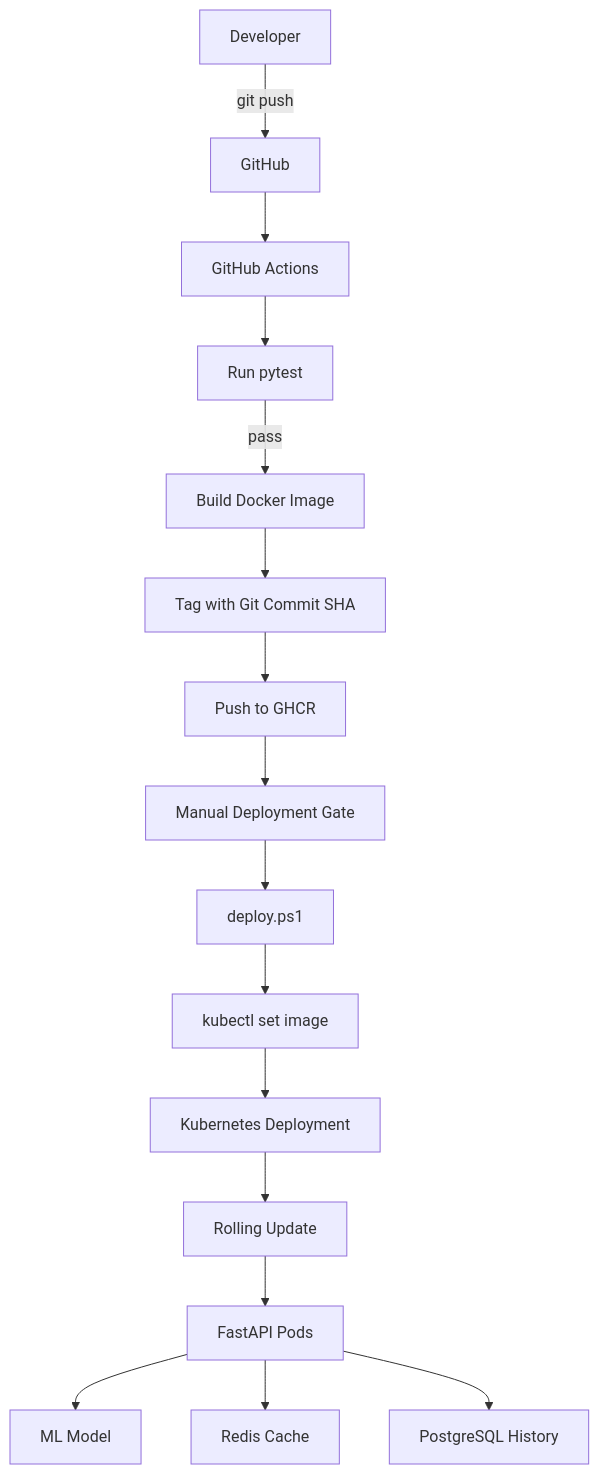
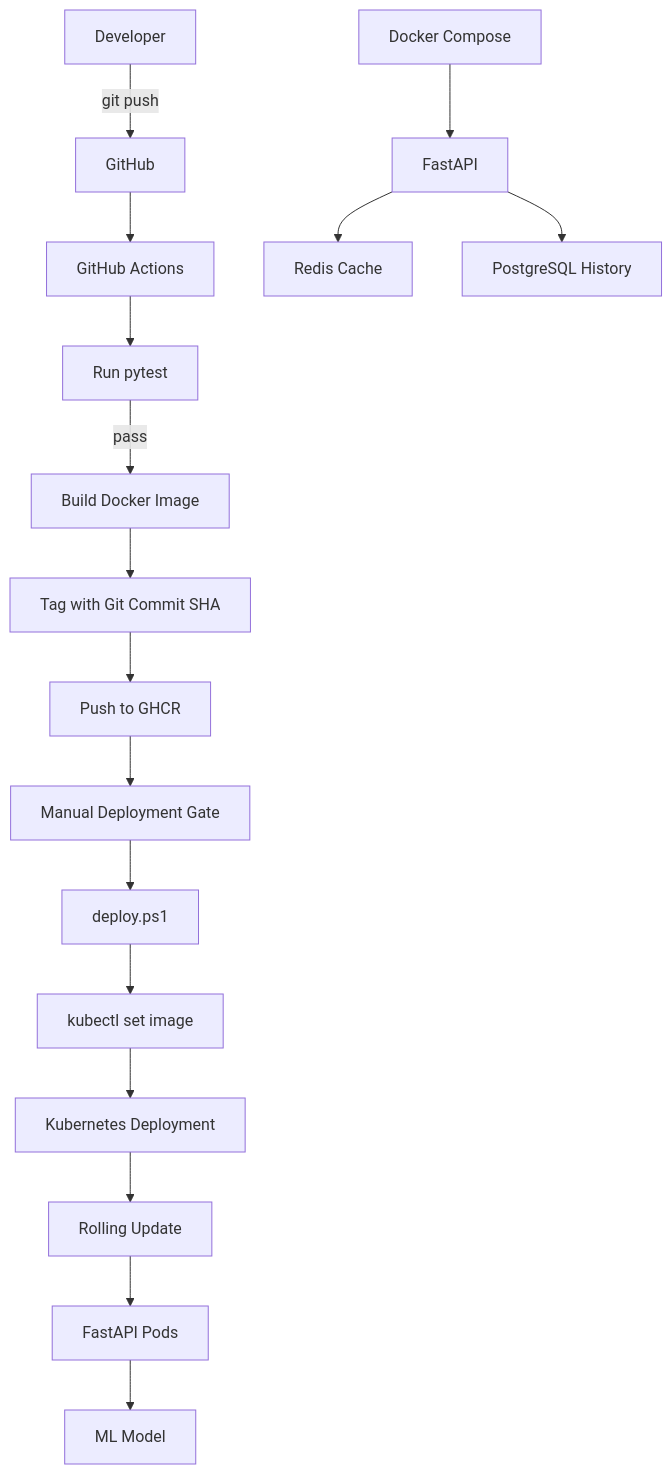
Before and after one commit to yiyi2525/mlops-demo: the first of 2 diagrams in README.md, drawn with Mermaid. The commit also changed other lines of this file, not shown here.

Commit message:
update README architecture

````diff
--- a/README.md
+++ b/README.md
@@ -15,22 +20,22 @@
 ```mermaid
 flowchart TD
     A[Developer] -->|git push| B[GitHub]
+    B --> C[GitHub Actions]
 
-    B --> C[GitHub Actions]
     C --> D[Run pytest]
     D -->|pass| E[Build Docker Image]
     E --> F[Tag with Git Commit SHA]
     F --> G[Push to GHCR]
 
     G --> H[Manual Deployment Gate]
     H --> I[deploy.ps1]
     I --> J[kubectl set image]
     J --> K[Kubernetes Deployment]
-
     K --> L[Rolling Update]
     L --> M[FastAPI Pods]
+    M --> N[ML Model]
 
-    M --> N[ML Model]
-    M --> O[Redis Cache]
-    M --> P[PostgreSQL History]
+    O[Docker Compose] --> P[FastAPI]
+    P --> Q[Redis Cache]
+    P --> R[PostgreSQL History]
 ```
````
